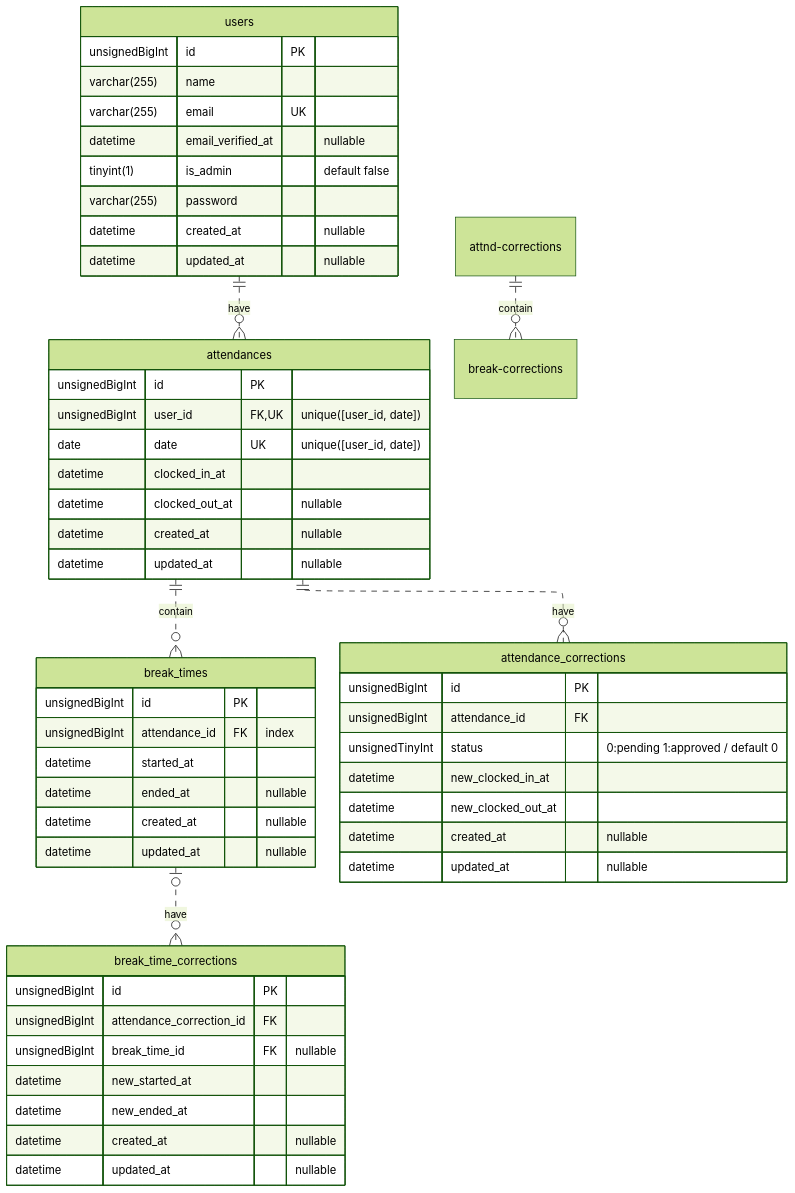
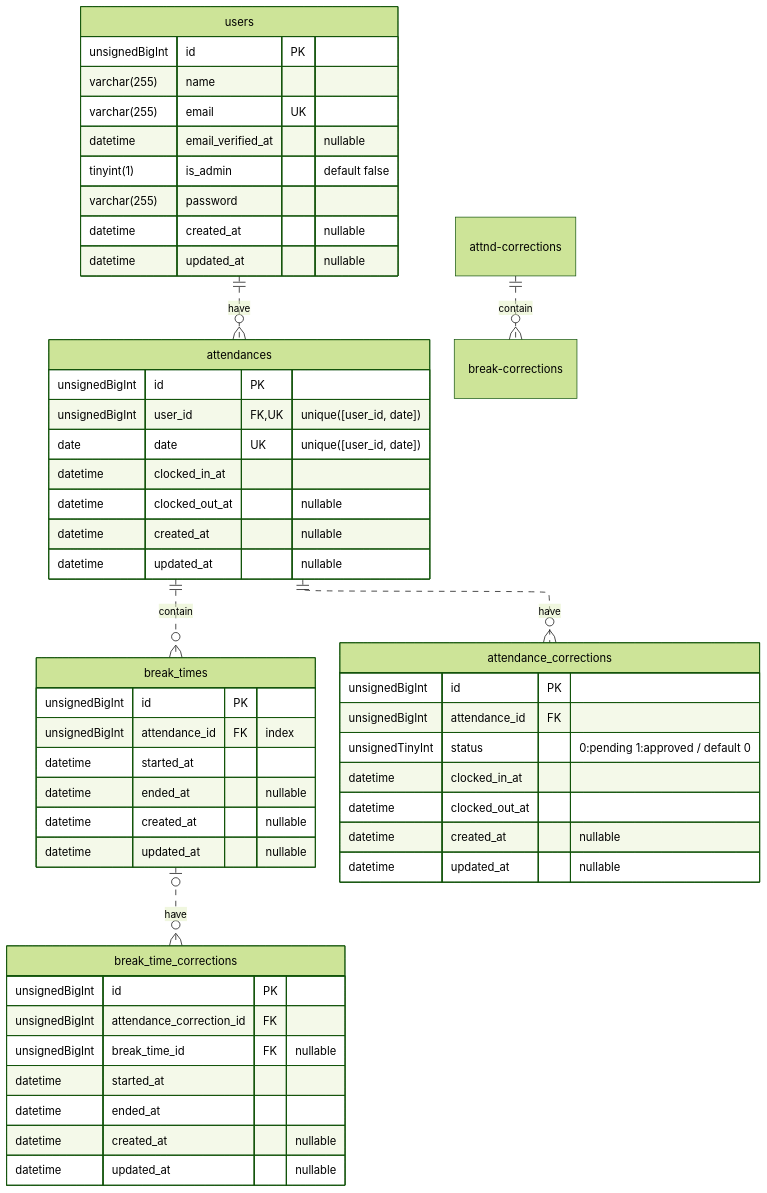
One commit to sangwon-lee302/time-and-attendance changed the diagram in README.md. Above: the diagram before and after it, drawn with Mermaid (forest theme). The commit also changed 10 other files, not shown here.

````diff
--- a/README.md
+++ b/README.md
@@ -17,62 +17,62 @@
 ```mermaid
 ---
 config:
     layout: elk
 ---
 erDiagram
     users ||..o{ attendances: "have"
     attendances ||..o{ break_times: "contain"
     attendances ||..o{ attnd-crr: "have"
     attnd-corrections ||..o{ break-corrections: "contain"
     break_times |o..o{ break-crr: "have"
 
     users {
         unsignedBigInt id PK
         varchar(255) name
         varchar(255) email UK
         datetime email_verified_at "nullable"
         tinyint(1) is_admin "default false"
         varchar(255) password
         datetime created_at "nullable"
         datetime updated_at "nullable"
     }
 
     attendances {
         unsignedBigInt id PK
         unsignedBigInt user_id FK, UK "unique([user_id, date])"
         date date UK "unique([user_id, date])"
         datetime clocked_in_at
         datetime clocked_out_at "nullable"
         datetime created_at "nullable"
         datetime updated_at "nullable"
     }
 
     break_times {
         unsignedBigInt id PK
         unsignedBigInt attendance_id FK "index"
         datetime started_at
         datetime ended_at "nullable"
         datetime created_at "nullable"
         datetime updated_at "nullable"
     }
 
     attnd-crr["attendance_corrections"] {
         unsignedBigInt id PK
         unsignedBigInt attendance_id FK
         unsignedTinyInt status "0:pending 1:approved / default 0"
-        datetime new_clocked_in_at
-        datetime new_clocked_out_at
+        datetime clocked_in_at
+        datetime clocked_out_at
         datetime created_at "nullable"
         datetime updated_at "nullable"
     }
 
     break-crr["break_time_corrections"] {
         unsignedBigInt id PK
         unsignedBigInt attendance_correction_id FK
         unsignedBigInt break_time_id FK "nullable"
-        datetime new_started_at
-        datetime new_ended_at
+        datetime started_at
+        datetime ended_at
         datetime created_at "nullable"
         datetime updated_at "nullable"
     }
 ```
````
